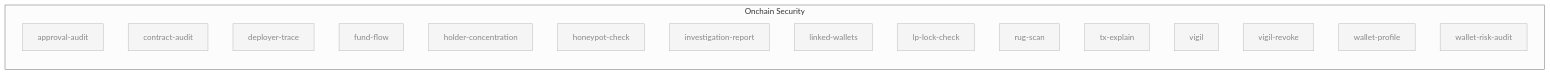
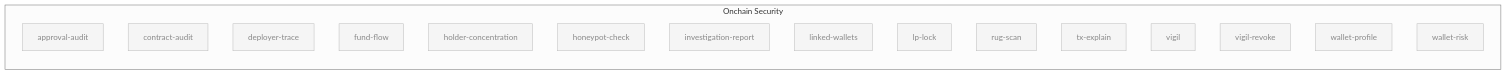
Before and after one commit to aeonfun/aeon: the seventh of 10 diagrams in docs/skill-graph.md, drawn with Mermaid (neutral theme). The commit also changed other lines of this file and 107 other files, not shown here.

First line of the commit message:
refactor(skills): shorten 30 skill names to two words (#427)

````diff
--- a/docs/skill-graph.md
+++ b/docs/skill-graph.md
@@ -413,39 +413,39 @@
 ```mermaid
 flowchart LR
     subgraph onchain_security ["Onchain Security"]
         approval-audit[approval-audit]
         contract-audit[contract-audit]
         deployer-trace[deployer-trace]
         fund-flow[fund-flow]
         holder-concentration[holder-concentration]
         honeypot-check[honeypot-check]
         investigation-report[investigation-report]
         linked-wallets[linked-wallets]
-        lp-lock-check[lp-lock-check]
+        lp-lock[lp-lock]
         rug-scan[rug-scan]
         tx-explain[tx-explain]
         vigil[vigil]
         vigil-revoke[vigil-revoke]
         wallet-profile[wallet-profile]
-        wallet-risk-audit[wallet-risk-audit]
+        wallet-risk[wallet-risk]
     end
 
     classDef default fill:#f5f5f5,stroke:#bbb,color:#888
     classDef enabled fill:#fff,stroke:#000,stroke-width:2px,color:#000
     classDef external fill:none,stroke:#bbb,stroke-dasharray:3 3,color:#888
     click approval-audit "../skills/approval-audit/SKILL.md"
     click contract-audit "../skills/contract-audit/SKILL.md"
     click deployer-trace "../skills/deployer-trace/SKILL.md"
     click fund-flow "../skills/fund-flow/SKILL.md"
     click holder-concentration "../skills/holder-concentration/SKILL.md"
     click honeypot-check "../skills/honeypot-check/SKILL.md"
     click investigation-report "../skills/investigation-report/SKILL.md"
     click linked-wallets "../skills/linked-wallets/SKILL.md"
-    click lp-lock-check "../skills/lp-lock-check/SKILL.md"
+    click lp-lock "../skills/lp-lock/SKILL.md"
     click rug-scan "../skills/rug-scan/SKILL.md"
     click tx-explain "../skills/tx-explain/SKILL.md"
     click vigil "../skills/vigil/SKILL.md"
     click vigil-revoke "../skills/vigil-revoke/SKILL.md"
     click wallet-profile "../skills/wallet-profile/SKILL.md"
-    click wallet-risk-audit "../skills/wallet-risk-audit/SKILL.md"
+    click wallet-risk "../skills/wallet-risk/SKILL.md"
 ```
````
